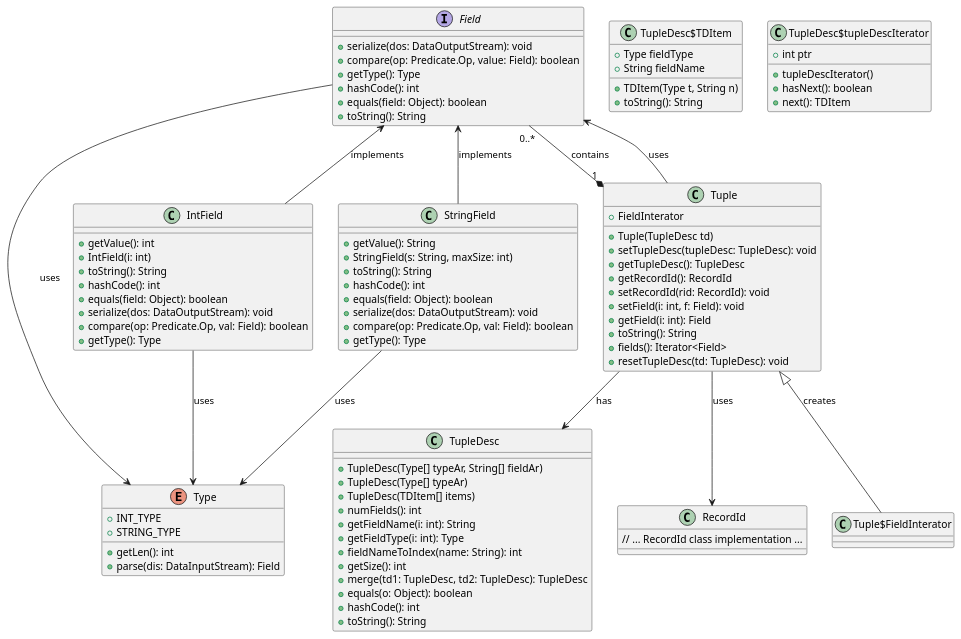
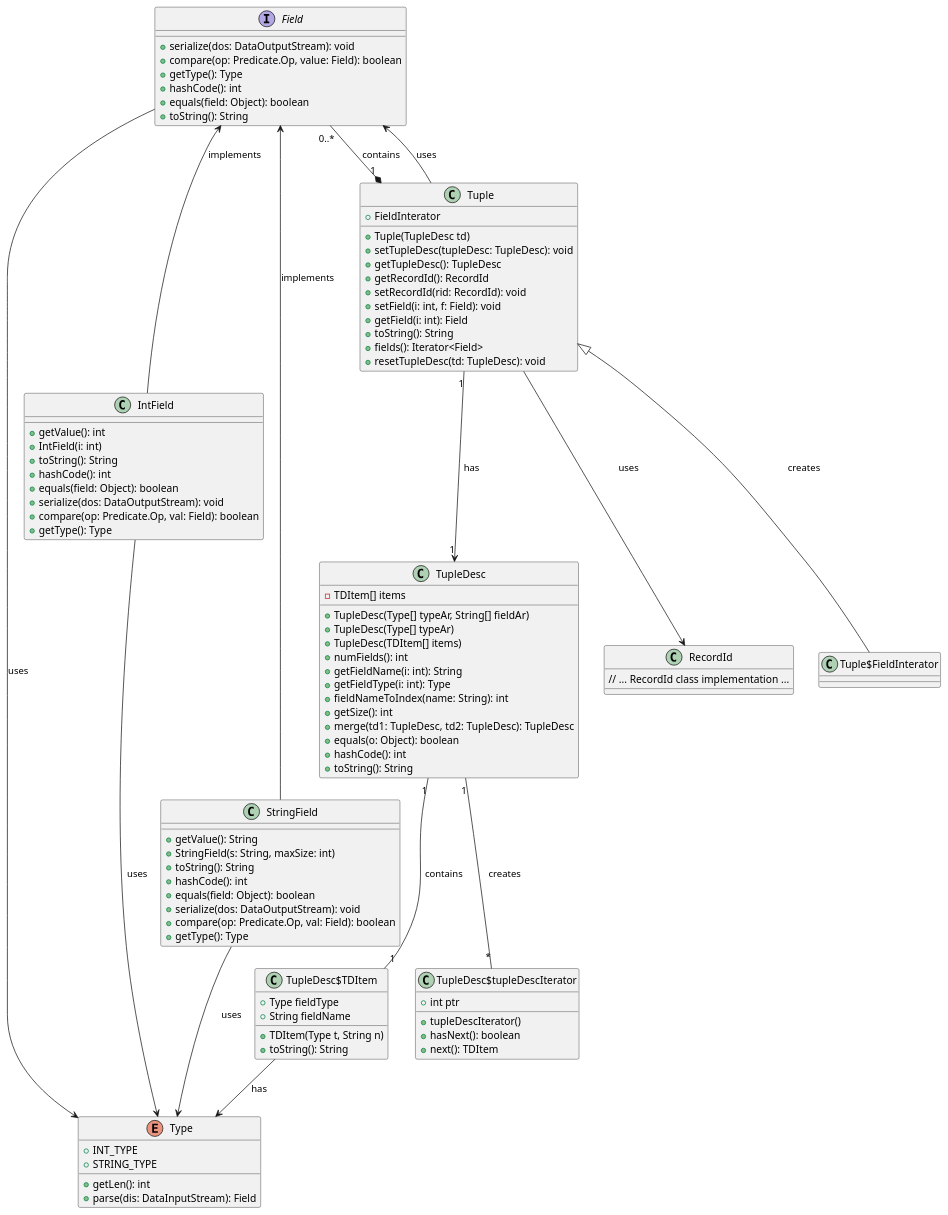
Before and after one commit to kechenkristin/myDB: the diagram in puml/lab1/ex1.puml, drawn with PlantUML. The commit also changed 11 other files, not shown here.

Commit message:
lab1ex345, add puml graph code

```diff
--- a/puml/lab1/ex1.puml
+++ b/puml/lab1/ex1.puml
@@ -1,97 +1,105 @@
 @startuml
 class TupleDesc {
+  - TDItem[] items
   +TupleDesc(Type[] typeAr, String[] fieldAr)
   +TupleDesc(Type[] typeAr)
   +TupleDesc(TDItem[] items)
   +numFields(): int
   +getFieldName(i: int): String
   +getFieldType(i: int): Type
   +fieldNameToIndex(name: String): int
   +getSize(): int
   +merge(td1: TupleDesc, td2: TupleDesc): TupleDesc
   +equals(o: Object): boolean
   +hashCode(): int
   +toString(): String
 }
 
 class TupleDesc$TDItem {
   +Type fieldType
   +String fieldName
   +TDItem(Type t, String n)
   +toString(): String
 }
 
 class TupleDesc$tupleDescIterator {
   +int ptr
   +tupleDescIterator()
   +hasNext(): boolean
   +next(): TDItem
 }
 
 enum Type {
   +INT_TYPE
   +STRING_TYPE
   +getLen(): int
   +parse(dis: DataInputStream): Field
 }
 
 interface Field {
   +serialize(dos: DataOutputStream): void
   +compare(op: Predicate.Op, value: Field): boolean
   +getType(): Type
   +hashCode(): int
   +equals(field: Object): boolean
   +toString(): String
 }
 
 class IntField {
   +getValue(): int
   +IntField(i: int)
   +toString(): String
   +hashCode(): int
   +equals(field: Object): boolean
   +serialize(dos: DataOutputStream): void
   +compare(op: Predicate.Op, val: Field): boolean
   +getType(): Type
 }
 
 class StringField {
   +getValue(): String
   +StringField(s: String, maxSize: int)
   +toString(): String
   +hashCode(): int
   +equals(field: Object): boolean
   +serialize(dos: DataOutputStream): void
   +compare(op: Predicate.Op, val: Field): boolean
   +getType(): Type
 }
 
 class Tuple {
   +Tuple(TupleDesc td)
   +setTupleDesc(tupleDesc: TupleDesc): void
   +getTupleDesc(): TupleDesc
   +getRecordId(): RecordId
   +setRecordId(rid: RecordId): void
   +setField(i: int, f: Field): void
   +getField(i: int): Field
   +toString(): String
   +fields(): Iterator<Field>
   +resetTupleDesc(td: TupleDesc): void
   +FieldInterator
 }
 
 class RecordId {
   // ... RecordId class implementation ...
 }
 
-Tuple --> TupleDesc : has
+Tuple "1" --> "1" TupleDesc : has
+
 Tuple --> RecordId : uses
 Tuple --> Field : uses
 Field --> Type : uses
 IntField --> Type : uses
 StringField --> Type : uses
 Field <-- IntField : implements
 Field <-- StringField : implements
+
 Tuple "1" *-up- "0..*" Field : contains
 Tuple <|-down- Tuple$FieldInterator : creates
+
+TupleDesc "1" -- "1" TupleDesc$TDItem : contains
+TupleDesc "1" -- "*" TupleDesc$tupleDescIterator : creates
+
+TupleDesc$TDItem --> Type: has
 @enduml
```
